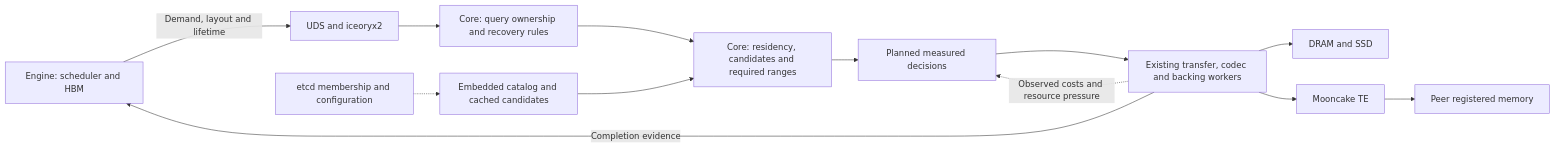
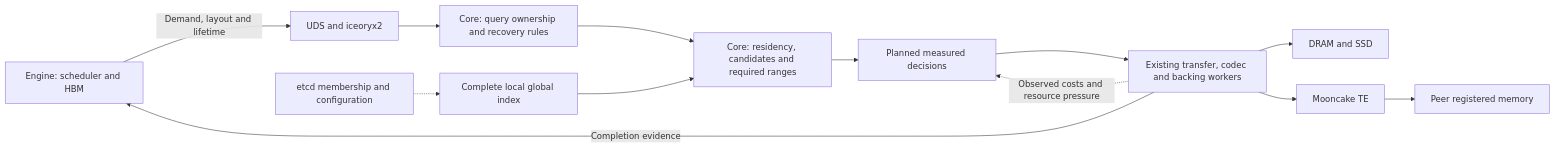
One commit to feichai0017/orbitkv changed the diagram in docs/implementation-plan.md. Above: the diagram before and after it, drawn with Mermaid. The commit also changed other lines of this file and 99 other files, not shown here.

Commit message:
refactor: replace sharded catalog with etcd-backed local indexes

````diff
--- a/docs/implementation-plan.md
+++ b/docs/implementation-plan.md
@@ -184,15 +184,15 @@
 ```mermaid
 flowchart LR
     E[Engine: scheduler and HBM] -->|Demand, layout and lifetime| C[UDS and iceoryx2]
     C --> Q[Core: query ownership and recovery rules]
     Q --> S[Core: residency, candidates and required ranges]
     S --> P[Planned measured decisions]
     P --> X[Existing transfer, codec and backing workers]
     X --> D[DRAM and SSD]
     X --> T[Mooncake TE]
     T --> R[Peer registered memory]
     X -.->|Observed costs and resource pressure| P
-    K[Embedded catalog and cached candidates] --> S
+    K[Complete local global index] --> S
     M[etcd membership and configuration] -.-> K
     X -->|Completion evidence| E
 ```
````
